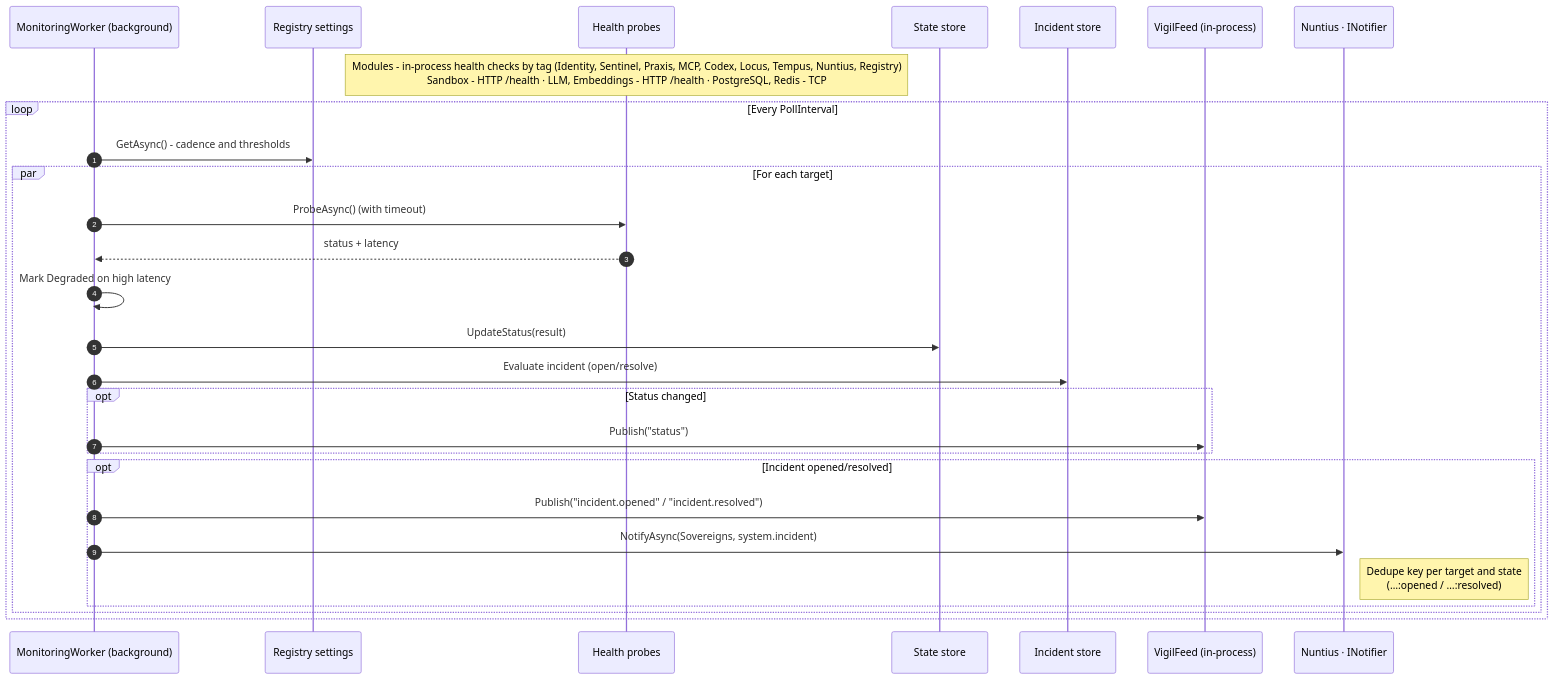
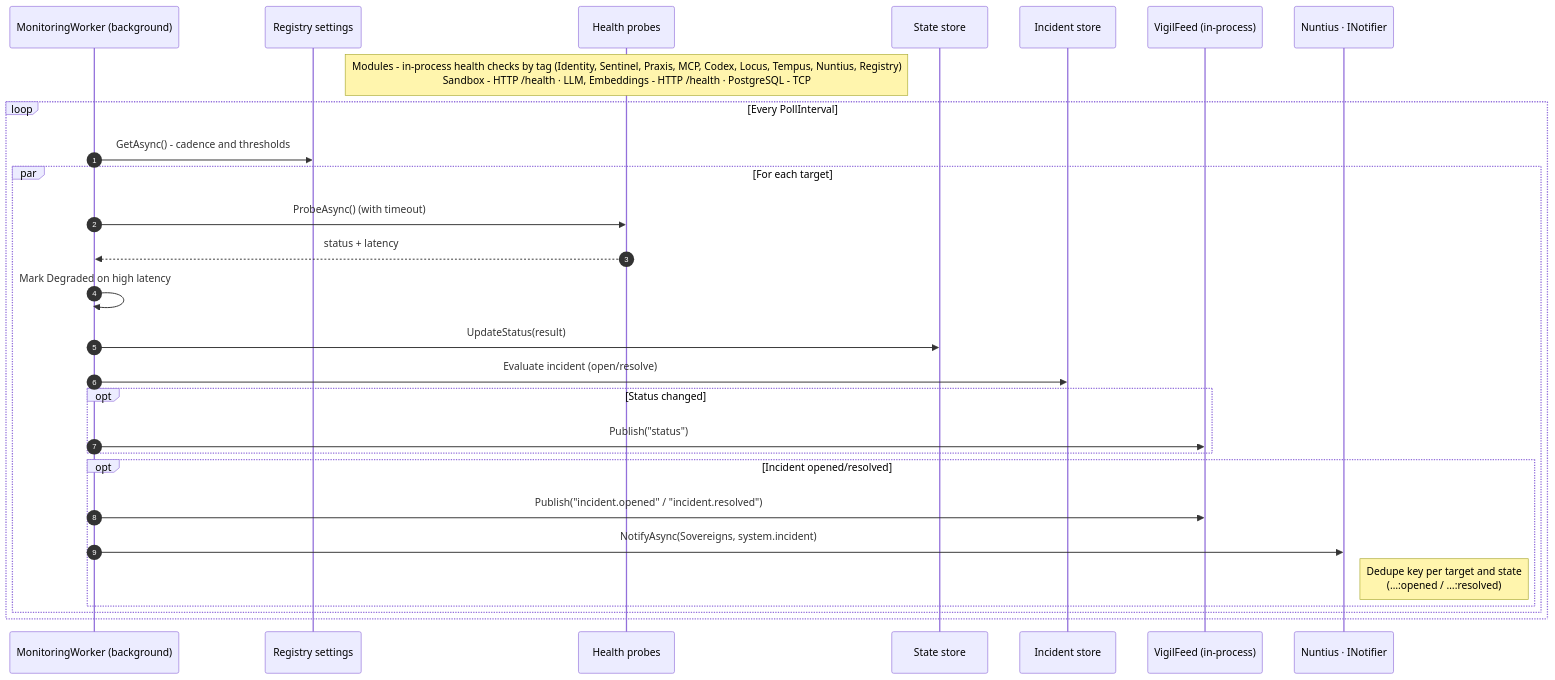
The diagram in docs/diagrams/vigil-1-monitoring-loop.md (mihailshterev/sentium), drawn with Mermaid before and after one commit. The commit also changed 248 other files, not shown here.

Commit message:
fix: harden security, scope sandbox history, remove Redis, and fix RAG/cache correctness across modules (#193)

````diff
--- a/docs/diagrams/vigil-1-monitoring-loop.md
+++ b/docs/diagrams/vigil-1-monitoring-loop.md
@@ -1,31 +1,31 @@
 ```mermaid
 sequenceDiagram
     autonumber
     participant MW as MonitoringWorker (background)
     participant RS as Registry settings
     participant PR as Health probes
     participant ST as State store
     participant IN as Incident store
     participant FD as VigilFeed (in-process)
     participant NT as Nuntius · INotifier
 
-    Note over PR: Modules - in-process health checks by tag (Identity, Sentinel, Praxis, MCP, Codex, Locus, Tempus, Nuntius, Registry)<br/>Sandbox - HTTP /health · LLM, Embeddings - HTTP /health · PostgreSQL, Redis - TCP
+    Note over PR: Modules - in-process health checks by tag (Identity, Sentinel, Praxis, MCP, Codex, Locus, Tempus, Nuntius, Registry)<br/>Sandbox - HTTP /health · LLM, Embeddings - HTTP /health · PostgreSQL - TCP
     loop Every PollInterval
         MW->>RS: GetAsync() - cadence and thresholds
         par For each target
             MW->>PR: ProbeAsync() (with timeout)
             PR-->>MW: status + latency
             MW->>MW: Mark Degraded on high latency
             MW->>ST: UpdateStatus(result)
             MW->>IN: Evaluate incident (open/resolve)
             opt Status changed
                 MW->>FD: Publish("status")
             end
             opt Incident opened/resolved
                 MW->>FD: Publish("incident.opened" / "incident.resolved")
                 MW->>NT: NotifyAsync(Sovereigns, system.incident)
                 Note right of NT: Dedupe key per target and state<br/>(…:opened / …:resolved)
             end
         end
     end
 ```
````
